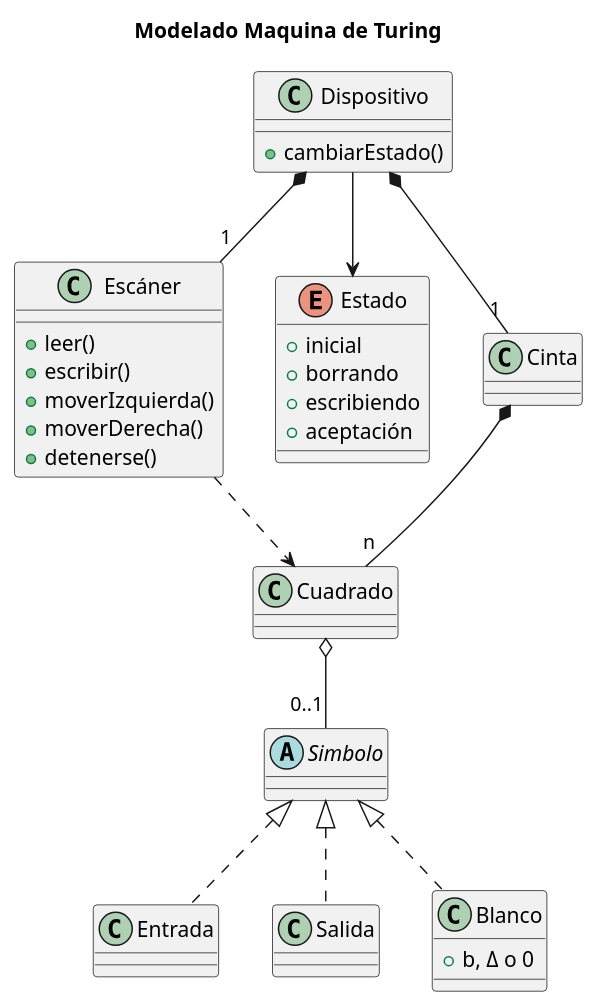
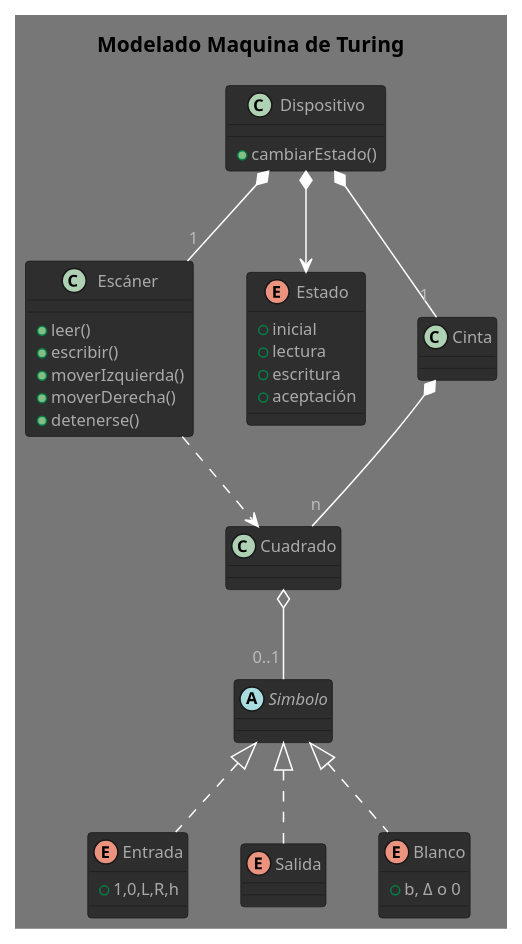
The diagram in PracticasMaster/01_Modelado_O/UML/turing.puml (Joselon/joselon.github.io), drawn with PlantUML before and after one commit. The commit also changed 2 other files, not shown here.

```diff
--- a/PracticasMaster/01_Modelado_O/UML/turing.puml
+++ b/PracticasMaster/01_Modelado_O/UML/turing.puml
@@ -1,62 +1,66 @@
 @startuml TuringMachineModel
 
-'skin rose
+!theme reddress-darkred
 title Modelado Maquina de Turing
 
 class Dispositivo{
  + cambiarEstado()
 }
 
 class Escáner {
  + leer()
  + escribir()
  + moverIzquierda()
  + moverDerecha()
  + detenerse()
 }
 
-Dispositivo --> Estado
+Dispositivo *--> Estado
 
 enum Estado{
 + inicial
-+ borrando
-+ escribiendo
++ lectura
++ escritura
 + aceptación
 }
 
 class Cinta
 class Cuadrado
 abstract class Simbolo
 
 Dispositivo *--"1" Escáner
 Dispositivo *--"1" Cinta 
 Cinta *--"n" Cuadrado
 Cuadrado o--"0..1" Simbolo
 Escáner ..> Cuadrado
 
 Simbolo <|.. Entrada
 Simbolo <|.. Salida
 Simbolo <|.. Blanco
 
-class Blanco {
+Enum Entrada {
+     + 1,0,L,R,h 
+     }
+Enum Salida 
+Enum Blanco {
     + b, Δ o 0
 }
 
 
 
 'Padre <|-down- Hija : Herencia
 'AbstractInterfaz <|.. Concreta : Implementacion ?
 'Todo "1" *-up- "many" Parte: Composition
 ' o-- Agregacion
 ' ..> Uso
 '-			private
 '#			protected
 '~			package private
 '+			public
 
-
-
+' help theme
+' 
 'Duda: Hacer diagrama de estados? de proceso?
 'Duda: Los tipos de simbolos según el alfabeto de E/S: si se incluye el "simbolo especial" blanco y es dejar el cuadrado
 ' en blanco, no sería agregación, si no composición, ya que el estar en blanco es tener un simbolo también?
 @end
```
